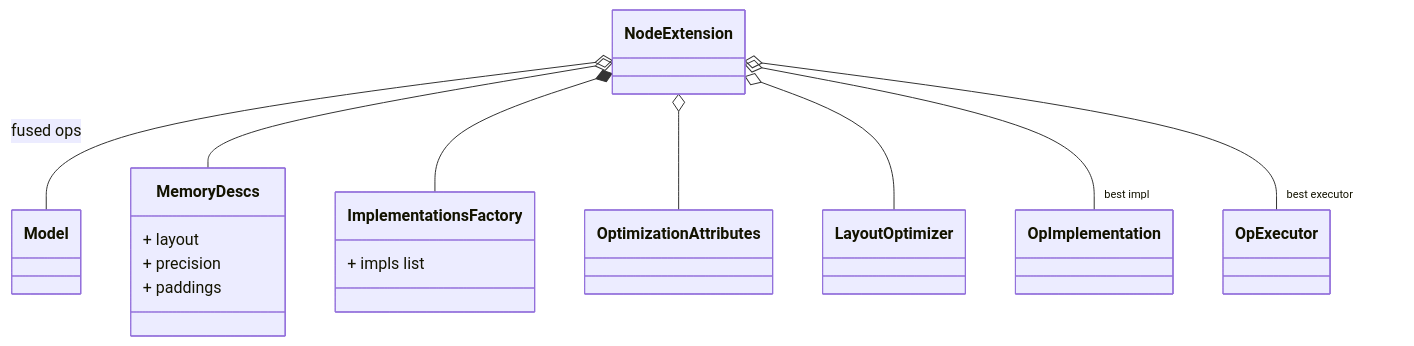
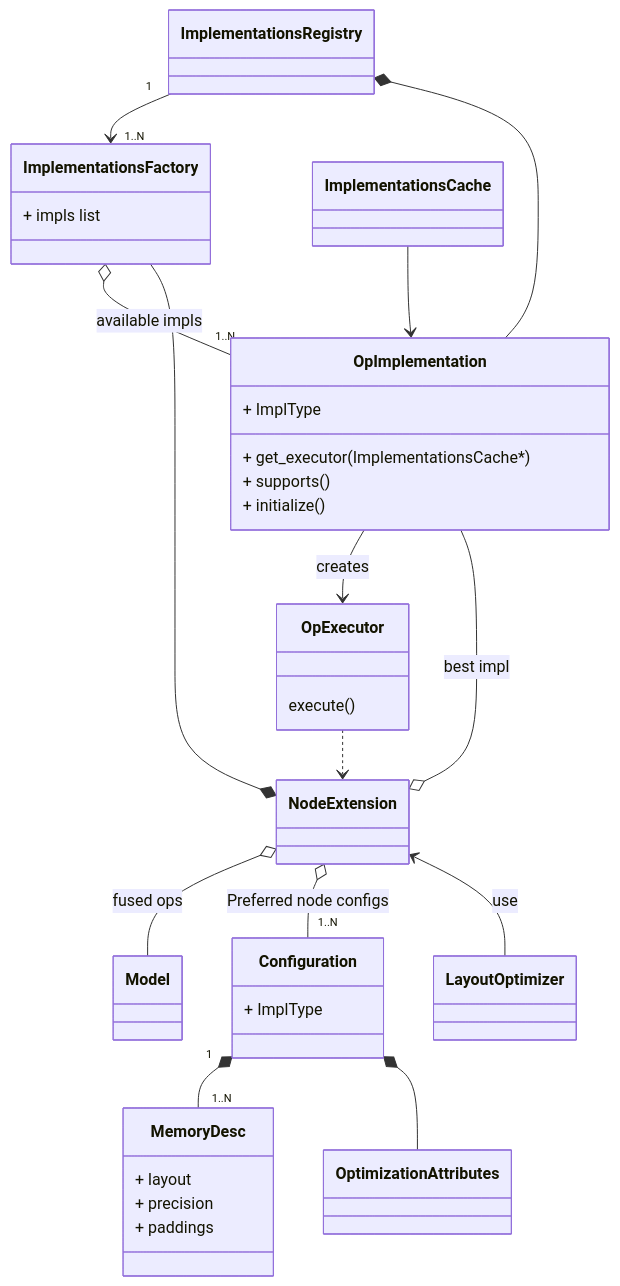
One commit to z71258847/openvino_sycl_poc changed the second of 2 diagrams in src/plugins/one_plugin/docs/arch.md. Above: the diagram before and after it, drawn with Mermaid. The commit also changed 3 other files, not shown here.

Commit message:
Improve diagrams

````diff
--- a/src/plugins/one_plugin/docs/arch.md
+++ b/src/plugins/one_plugin/docs/arch.md
@@ -23,28 +23,51 @@
 ```mermaid
 classDiagram
-    class MemoryDescs {
+    class MemoryDesc {
         + layout
         + precision
         + paddings
     }
+    class Configuration {
+        + ImplType
+    }
+
+    Configuration "1" *-- "1..N" MemoryDesc
+    Configuration *-- OptimizationAttributes
 
     class Model
     class ImplementationsFactory {
         + impls list
     }
-    class OpImplementation
+    class OpImplementation {
+        + ImplType
+        + get_executor(ImplementationsCache*)
+        + supports()
+        + initialize()
+    }
+    class ImplementationsCache {
+
+    }
+    class ImplementationsRegistry {
+
+    }
     class OptimizationAttributes
     class LayoutOptimizer
-    class OpExecutor
+    class OpExecutor {
+        execute()
+    }
 
     class NodeExtension
 
     NodeExtension o-- Model : fused ops
-    NodeExtension o-- MemoryDescs
+    NodeExtension o-- "1..N" Configuration : Preferred node configs
     NodeExtension *-- ImplementationsFactory
-    NodeExtension o-- OptimizationAttributes
-    NodeExtension o-- LayoutOptimizer
-    NodeExtension o-- "best impl" OpImplementation
-    NodeExtension o-- "best executor" OpExecutor
+    NodeExtension <-- LayoutOptimizer : use
+    NodeExtension o-- OpImplementation : best impl
+    ImplementationsFactory o-- "1..N" OpImplementation : available impls
+    OpImplementation --> OpExecutor : creates
+    ImplementationsCache --> OpImplementation
+    ImplementationsRegistry "1" --> "1..N" ImplementationsFactory
+    ImplementationsRegistry *-- OpImplementation
+    OpExecutor ..> NodeExtension
 
 ```
````
